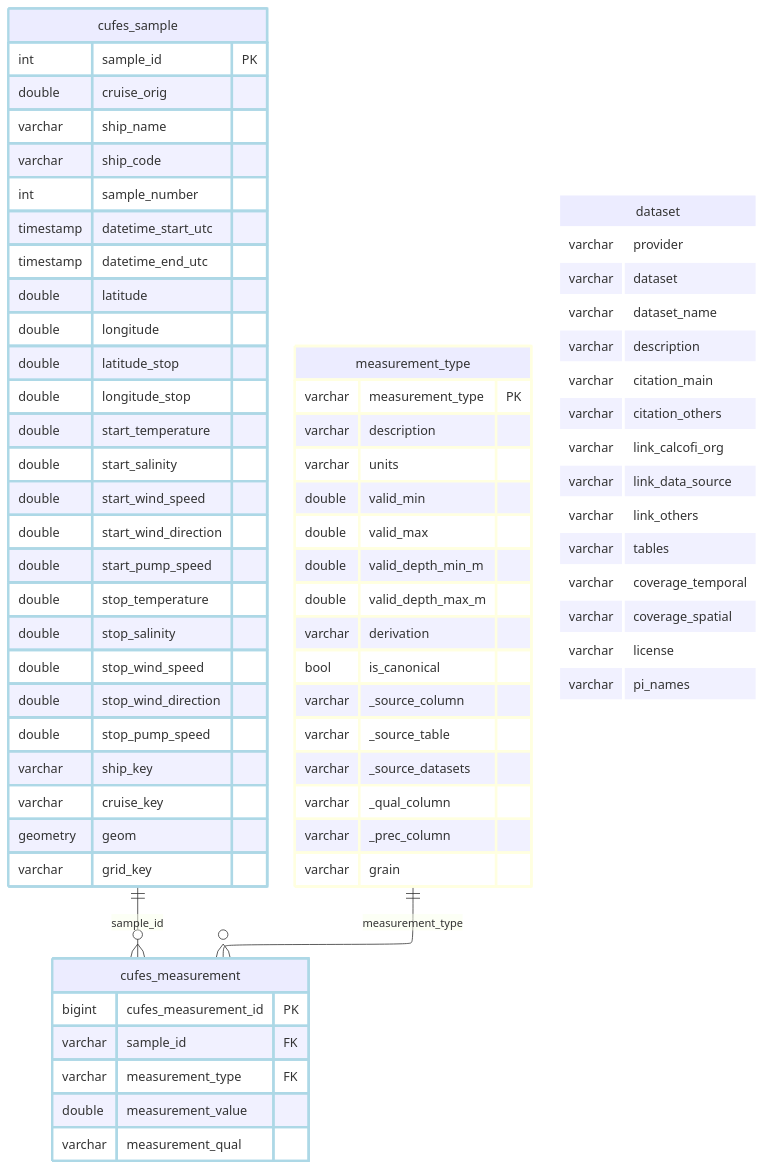
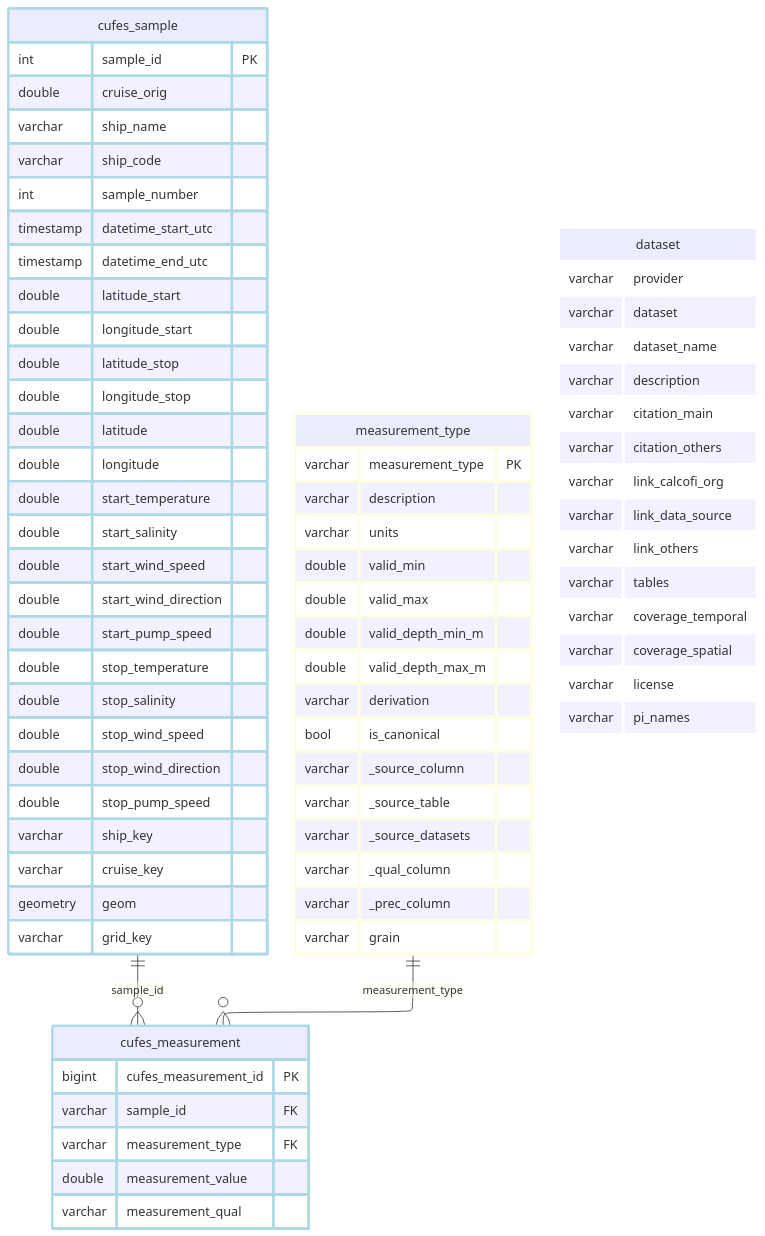
The diagram in _output/ingest_swfsc_cufes_files/figure-html/finalize-1.mmd (CalCOFI/workflows), drawn with Mermaid before and after one commit. The commit also changed 9 other files, not shown here.

```diff
--- a/_output/ingest_swfsc_cufes_files/figure-html/finalize-1.mmd
+++ b/_output/ingest_swfsc_cufes_files/figure-html/finalize-1.mmd
@@ -1,80 +1,82 @@
 ---
 config:
   layout: elk
 ---
 erDiagram
     cufes_sample {
         int sample_id PK
         double cruise_orig
         varchar ship_name
         varchar ship_code
         int sample_number
         timestamp datetime_start_utc
         timestamp datetime_end_utc
+        double latitude_start
+        double longitude_start
+        double latitude_stop
+        double longitude_stop
         double latitude
         double longitude
-        double latitude_stop
-        double longitude_stop
         double start_temperature
         double start_salinity
         double start_wind_speed
         double start_wind_direction
         double start_pump_speed
         double stop_temperature
         double stop_salinity
         double stop_wind_speed
         double stop_wind_direction
         double stop_pump_speed
         varchar ship_key
         varchar cruise_key
         geometry geom
         varchar grid_key
     }
     cufes_measurement {
         bigint cufes_measurement_id PK
         varchar sample_id FK
         varchar measurement_type FK
         double measurement_value
         varchar measurement_qual
     }
     measurement_type {
         varchar measurement_type PK
         varchar description
         varchar units
         double valid_min
         double valid_max
         double valid_depth_min_m
         double valid_depth_max_m
         varchar derivation
         bool is_canonical
         varchar _source_column
         varchar _source_table
         varchar _source_datasets
         varchar _qual_column
         varchar _prec_column
         varchar grain
     }
     dataset {
         varchar provider
         varchar dataset
         varchar dataset_name
         varchar description
         varchar citation_main
         varchar citation_others
         varchar link_calcofi_org
         varchar link_data_source
         varchar link_others
         varchar tables
         varchar coverage_temporal
         varchar coverage_spatial
         varchar license
         varchar pi_names
     }
     cufes_sample ||--o{ cufes_measurement : "sample_id"
     measurement_type ||--o{ cufes_measurement : "measurement_type"
     classDef lightblue stroke:#ADD8E6,stroke-width:3px
     class cufes_sample,cufes_measurement lightblue
     classDef lightyellow stroke:#FFFFE0,stroke-width:3px
     class measurement_type lightyellow
     classDef white stroke:#FFFFFF,stroke-width:3px
     class dataset white
```
